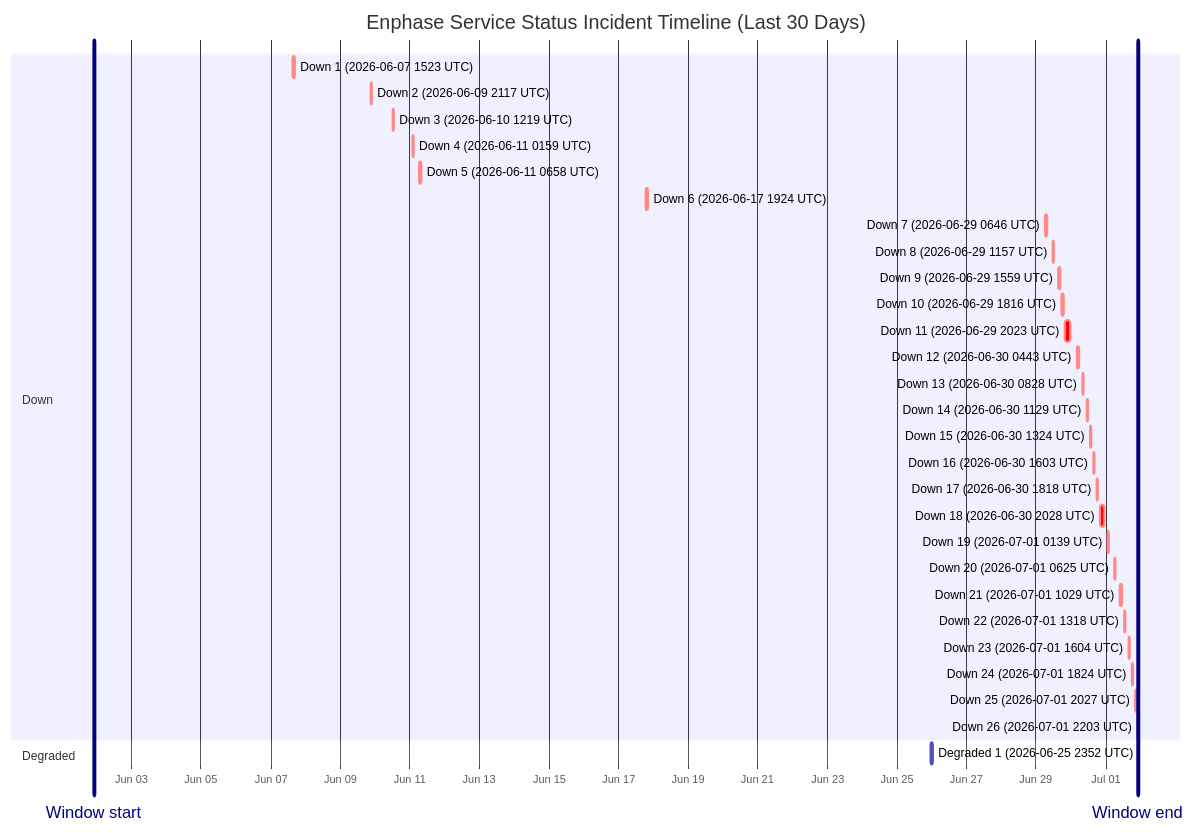
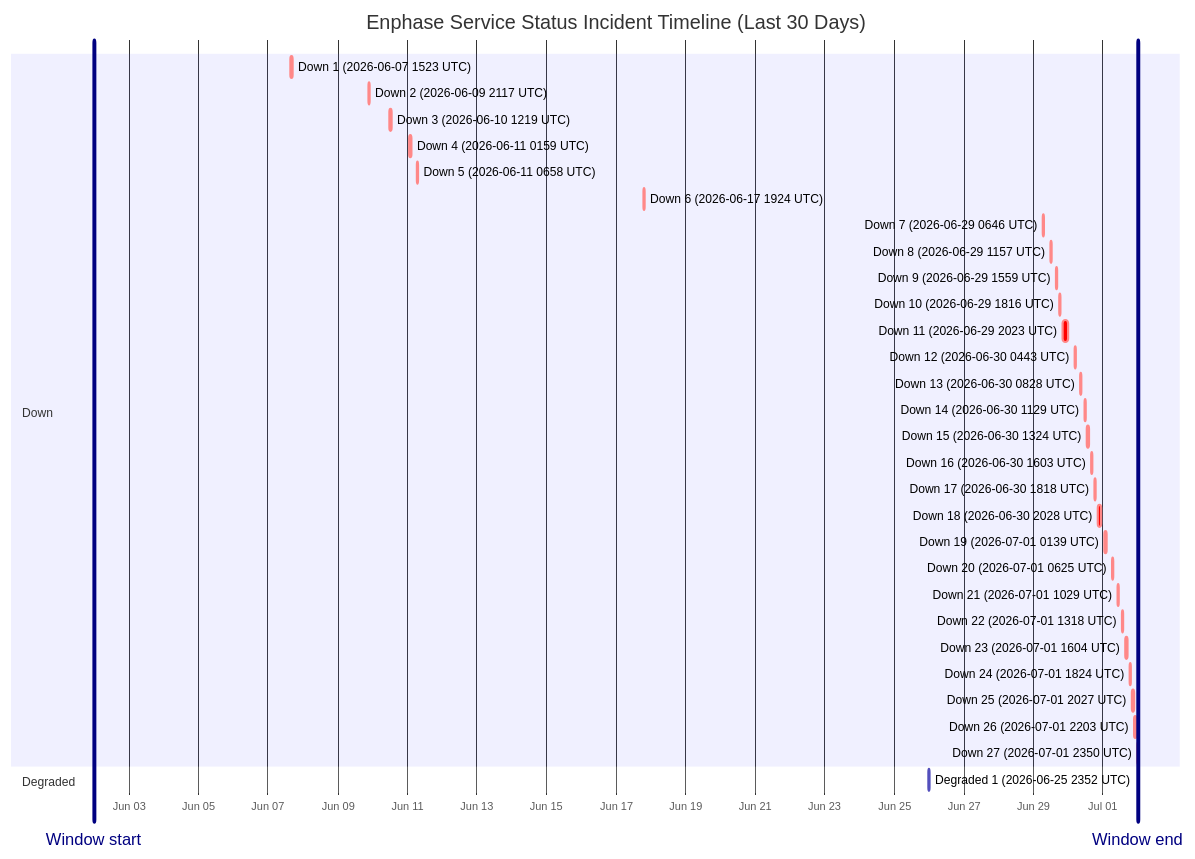
Before and after one commit to barneyonline/ha-enphase-energy: the diagram in wiki/Service-Status-History.md, drawn with Mermaid. The commit also changed other lines of this file and 3 other files, not shown here.

````diff
--- a/wiki/Service-Status-History.md
+++ b/wiki/Service-Status-History.md
@@ -14,37 +14,38 @@
 ```mermaid
 gantt
     title Enphase Service Status Incident Timeline (Last 30 Days)
     dateFormat  YYYY-MM-DDTHH:mm:ss
     axisFormat  %b %d
-    Window start :vert, window-start, 2026-06-01T22:03:46, 0ms
-    Window end :vert, window-end, 2026-07-01T22:03:46, 0ms
+    Window start :vert, window-start, 2026-06-01T23:50:52, 0ms
+    Window end :vert, window-end, 2026-07-01T23:50:52, 0ms
     section Down
     Down 1 (2026-06-07 1523 UTC) :crit, down-1, 2026-06-07T15:23:22, 87m
     Down 2 (2026-06-09 2117 UTC) :crit, down-2, 2026-06-09T21:17:17, 60m
     Down 3 (2026-06-10 1219 UTC) :crit, down-3, 2026-06-10T12:19:21, 60m
     Down 4 (2026-06-11 0159 UTC) :crit, down-4, 2026-06-11T01:59:36, 60m
     Down 5 (2026-06-11 0658 UTC) :crit, down-5, 2026-06-11T06:58:45, 60m
     Down 6 (2026-06-17 1924 UTC) :crit, down-6, 2026-06-17T19:24:51, 60m
     Down 7 (2026-06-29 0646 UTC) :crit, down-7, 2026-06-29T06:46:18, 60m
     Down 8 (2026-06-29 1157 UTC) :crit, down-8, 2026-06-29T11:57:36, 60m
     Down 9 (2026-06-29 1559 UTC) :crit, down-9, 2026-06-29T15:59:02, 60m
     Down 10 (2026-06-29 1816 UTC) :crit, down-10, 2026-06-29T18:16:38, 60m
     Down 11 (2026-06-29 2023 UTC) :crit, down-11, 2026-06-29T20:23:16, 220m
     Down 12 (2026-06-30 0443 UTC) :crit, down-12, 2026-06-30T04:43:54, 60m
     Down 13 (2026-06-30 0828 UTC) :crit, down-13, 2026-06-30T08:28:43, 60m
     Down 14 (2026-06-30 1129 UTC) :crit, down-14, 2026-06-30T11:29:15, 60m
     Down 15 (2026-06-30 1324 UTC) :crit, down-15, 2026-06-30T13:24:25, 60m
     Down 16 (2026-06-30 1603 UTC) :crit, down-16, 2026-06-30T16:03:26, 60m
     Down 17 (2026-06-30 1818 UTC) :crit, down-17, 2026-06-30T18:18:39, 60m
     Down 18 (2026-06-30 2028 UTC) :crit, down-18, 2026-06-30T20:28:54, 171m
     Down 19 (2026-07-01 0139 UTC) :crit, down-19, 2026-07-01T01:39:18, 60m
     Down 20 (2026-07-01 0625 UTC) :crit, down-20, 2026-07-01T06:25:35, 60m
     Down 21 (2026-07-01 1029 UTC) :crit, down-21, 2026-07-01T10:29:24, 60m
     Down 22 (2026-07-01 1318 UTC) :crit, down-22, 2026-07-01T13:18:31, 60m
     Down 23 (2026-07-01 1604 UTC) :crit, down-23, 2026-07-01T16:04:29, 60m
     Down 24 (2026-07-01 1824 UTC) :crit, down-24, 2026-07-01T18:24:21, 60m
     Down 25 (2026-07-01 2027 UTC) :crit, down-25, 2026-07-01T20:27:17, 60m
     Down 26 (2026-07-01 2203 UTC) :crit, down-26, 2026-07-01T22:03:46, 60m
+    Down 27 (2026-07-01 2350 UTC) :crit, down-27, 2026-07-01T23:50:52, 60m
     section Degraded
     Degraded 1 (2026-06-25 2352 UTC) :active, degraded-1, 2026-06-25T23:52:01, 60m
 ```
````
